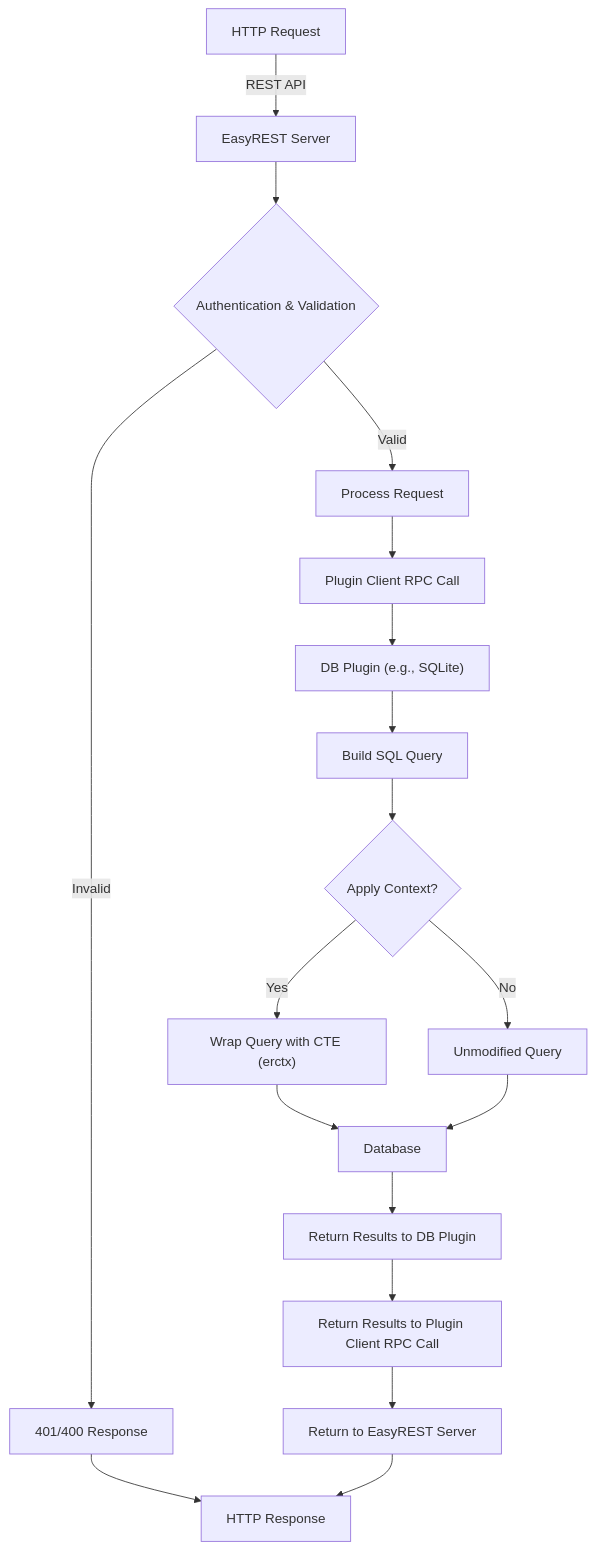
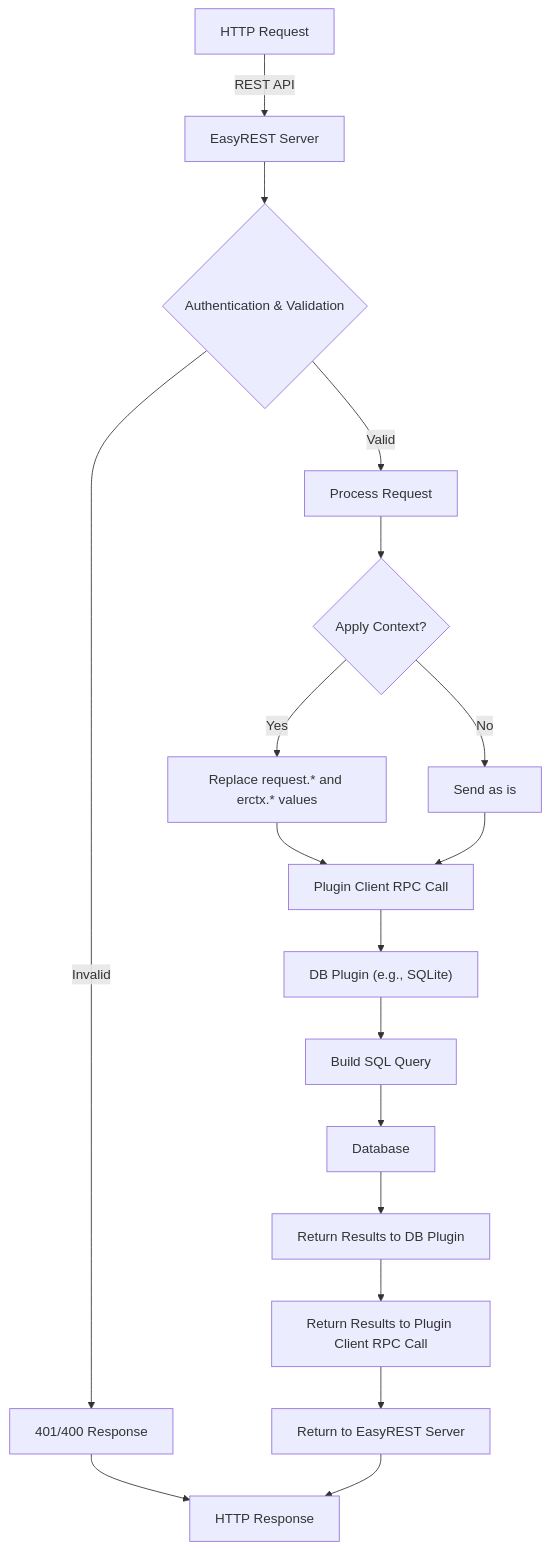
Before and after one commit to onegreyonewhite/easyrest: the diagram in README.md, drawn with Mermaid. The commit also changed other lines of this file, not shown here.

````diff
--- a/README.md
+++ b/README.md
@@ -43,20 +43,20 @@
 ```mermaid
 flowchart TD
     A[HTTP Request] -->|REST API| B[EasyREST Server]
     B --> C{Authentication & Validation}
     C -- Valid --> D[Process Request]
     C -- Invalid --> E[401/400 Response]
     E --> N[HTTP Response]
-    D --> J[Plugin Client RPC Call]
+    D --> X{Apply Context?}
+    X -- Yes --> Y[Replace request.* and erctx.* values]
+    X -- No --> Z[Send as is]
+    Y --> J[Plugin Client RPC Call]
+    Z --> J[Plugin Client RPC Call]
     J --> K["DB Plugin (e.g., SQLite)"]
     K --> F[Build SQL Query]
-    F --> G{Apply Context?}
-    G -- Yes --> H["Wrap Query with CTE (erctx)"]
-    G -- No --> I[Unmodified Query]
-    H --> L[Database]
-    I --> L[Database]
+    F --> L[Database]
     L --> M[Return Results to DB Plugin]
     M --> J2[Return Results to Plugin Client RPC Call]
     J2 --> B2[Return to EasyREST Server]
     B2 --> N[HTTP Response]
 ```
````
